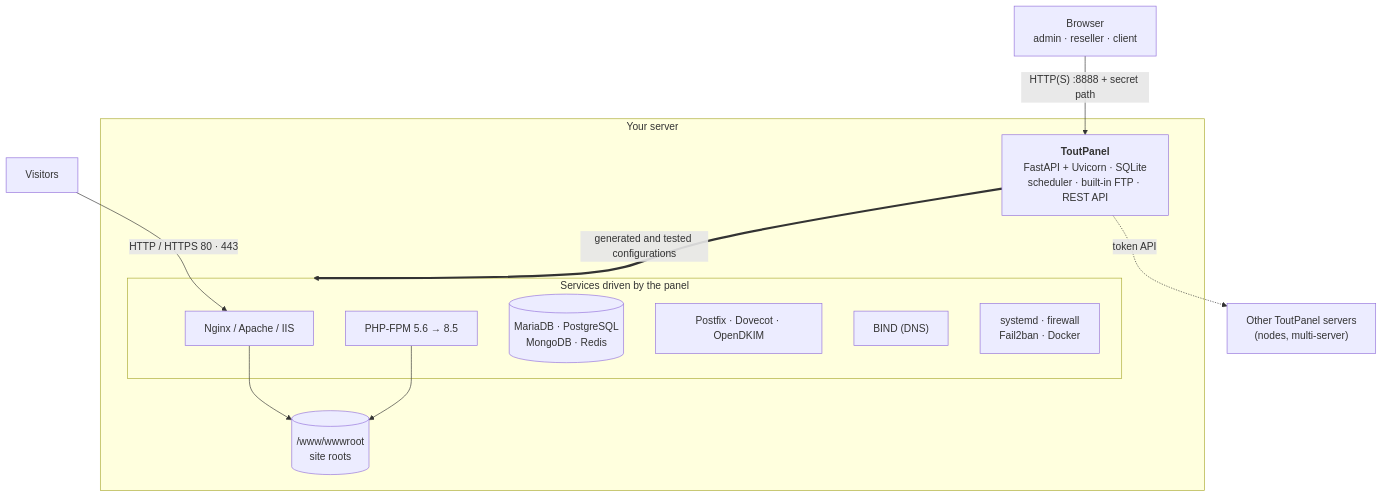
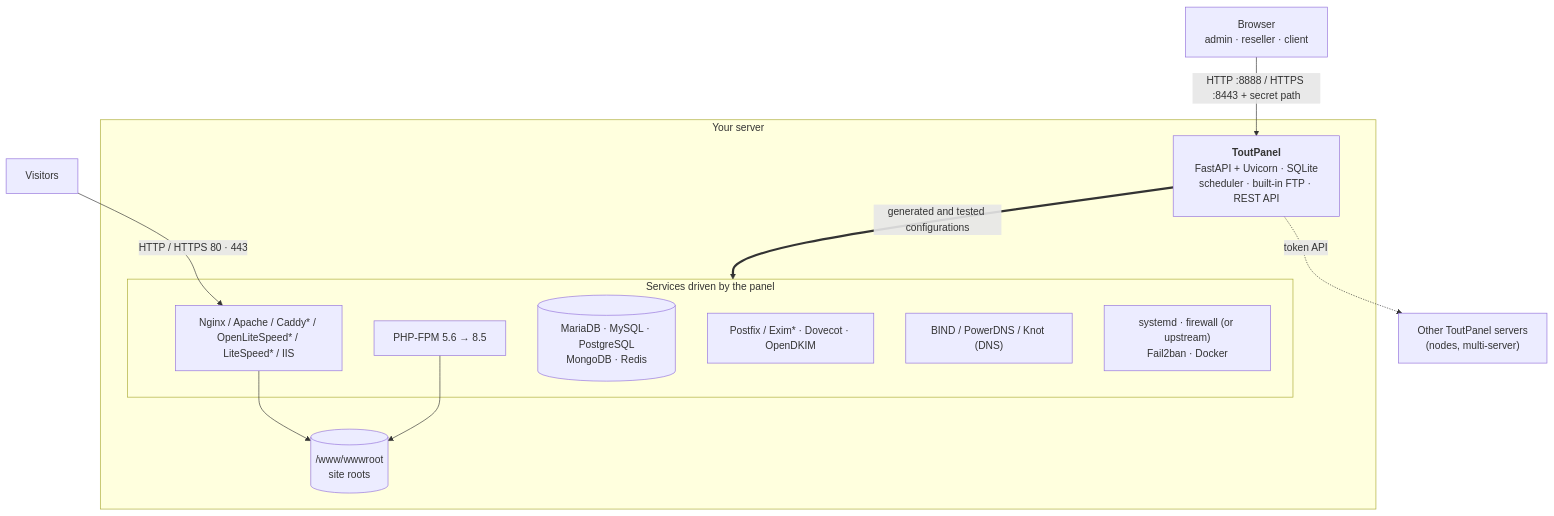
Before and after one commit to qu3ntin01/toutpanel: the diagram in README.en.md, drawn with Mermaid. The commit also changed other lines of this file and 231 other files, not shown here.

````diff
--- a/README.en.md
+++ b/README.en.md
@@ -231,21 +554,21 @@
 ```mermaid
 flowchart TB
-    U["Browser<br/>admin · reseller · client"] -->|"HTTP(S) :8888 + secret path"| P
+    U["Browser<br/>admin · reseller · client"] -->|"HTTP :8888 / HTTPS :8443 + secret path"| P
     V["Visitors"] -->|"HTTP / HTTPS 80 · 443"| W
     subgraph S["Your server"]
         P["<b>ToutPanel</b><br/>FastAPI + Uvicorn · SQLite<br/>scheduler · built-in FTP · REST API"]
         subgraph PILE["Services driven by the panel"]
-            W["Nginx / Apache / IIS"]
+            W["Nginx / Apache / Caddy* / OpenLiteSpeed* / LiteSpeed* / IIS"]
             F["PHP-FPM 5.6 → 8.5"]
-            D[("MariaDB · PostgreSQL<br/>MongoDB · Redis")]
-            M["Postfix · Dovecot · OpenDKIM"]
-            B["BIND (DNS)"]
-            X["systemd · firewall<br/>Fail2ban · Docker"]
+            D[("MariaDB · MySQL · PostgreSQL<br/>MongoDB · Redis")]
+            M["Postfix / Exim* · Dovecot · OpenDKIM"]
+            B["BIND / PowerDNS / Knot (DNS)"]
+            X["systemd · firewall (or upstream)<br/>Fail2ban · Docker"]
         end
         R[("/www/wwwroot<br/>site roots")]
         P ==>|"generated and tested configurations"| PILE
         W --> R
         F --> R
     end
     P -. "token API" .-> N["Other ToutPanel servers<br/>(nodes, multi-server)"]
 ```
````
